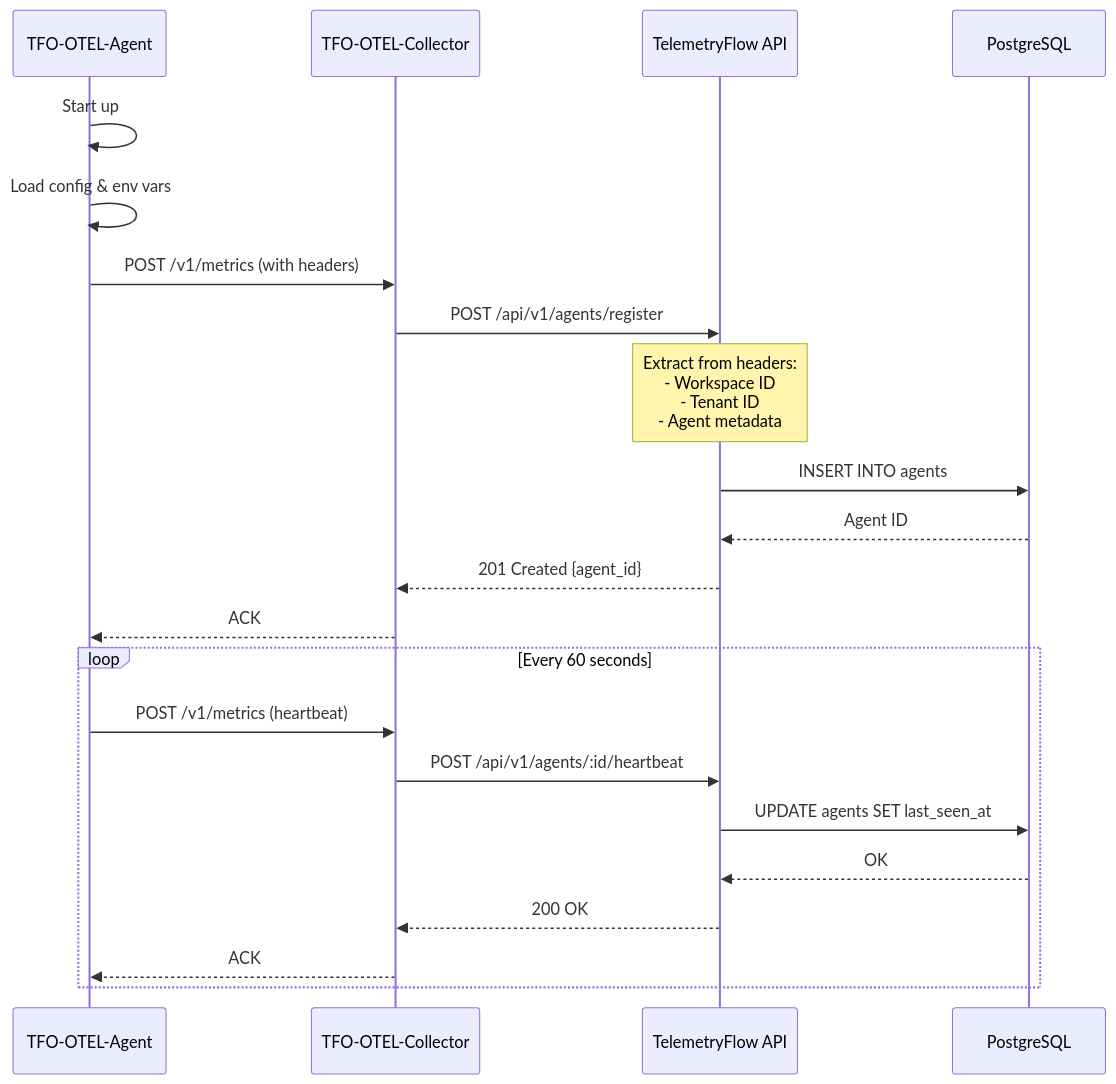
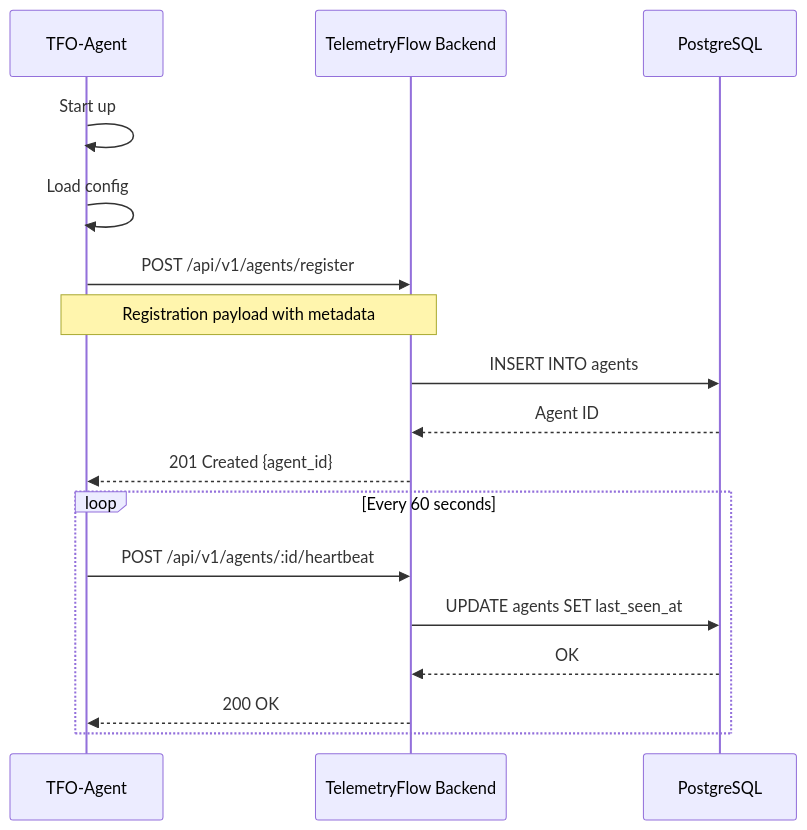
One commit to telemetryflow/telemetryflow-overview changed the second of 3 diagrams in tfo-otel/TFO-OTEL-AGENT.md. Above: the diagram before and after it, drawn with Mermaid. The commit also changed other lines of this file and 55 other files, not shown here.

Commit message:
Update version for TelemetryFlow Observability (TFO) 1.1.1-CE

````diff
--- a/tfo-otel/TFO-OTEL-AGENT.md
+++ b/tfo-otel/TFO-OTEL-AGENT.md
@@ -646,28 +722,22 @@
 ```mermaid
 sequenceDiagram
-    participant Agent as TFO-OTEL-Agent
-    participant Collector as TFO-OTEL-Collector
-    participant API as TelemetryFlow API
+    participant Agent as TFO-Agent
+    participant Backend as TelemetryFlow Backend
     participant DB as PostgreSQL
 
     Agent->>Agent: Start up
-    Agent->>Agent: Load config & env vars
-    Agent->>Collector: POST /v1/metrics (with headers)
-    Collector->>API: POST /api/v1/agents/register
+    Agent->>Agent: Load config
+    Agent->>Backend: POST /api/v1/agents/register
+    Note over Agent,Backend: Registration payload with metadata
 
-    Note over API: Extract from headers:<br/>- Workspace ID<br/>- Tenant ID<br/>- Agent metadata
-
-    API->>DB: INSERT INTO agents
-    DB-->>API: Agent ID
-    API-->>Collector: 201 Created {agent_id}
-    Collector-->>Agent: ACK
+    Backend->>DB: INSERT INTO agents
+    DB-->>Backend: Agent ID
+    Backend-->>Agent: 201 Created {agent_id}
 
     loop Every 60 seconds
-        Agent->>Collector: POST /v1/metrics (heartbeat)
-        Collector->>API: POST /api/v1/agents/:id/heartbeat
-        API->>DB: UPDATE agents SET last_seen_at
-        DB-->>API: OK
-        API-->>Collector: 200 OK
-        Collector-->>Agent: ACK
+        Agent->>Backend: POST /api/v1/agents/:id/heartbeat
+        Backend->>DB: UPDATE agents SET last_seen_at
+        DB-->>Backend: OK
+        Backend-->>Agent: 200 OK
     end
 ```
````
